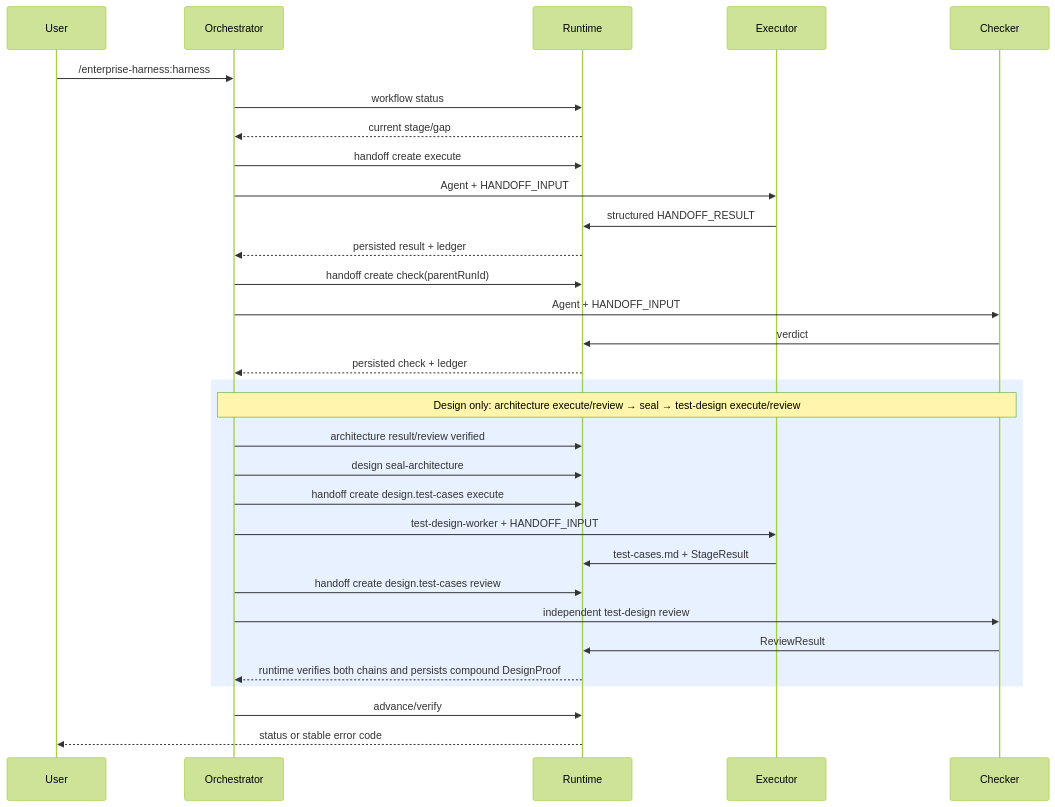
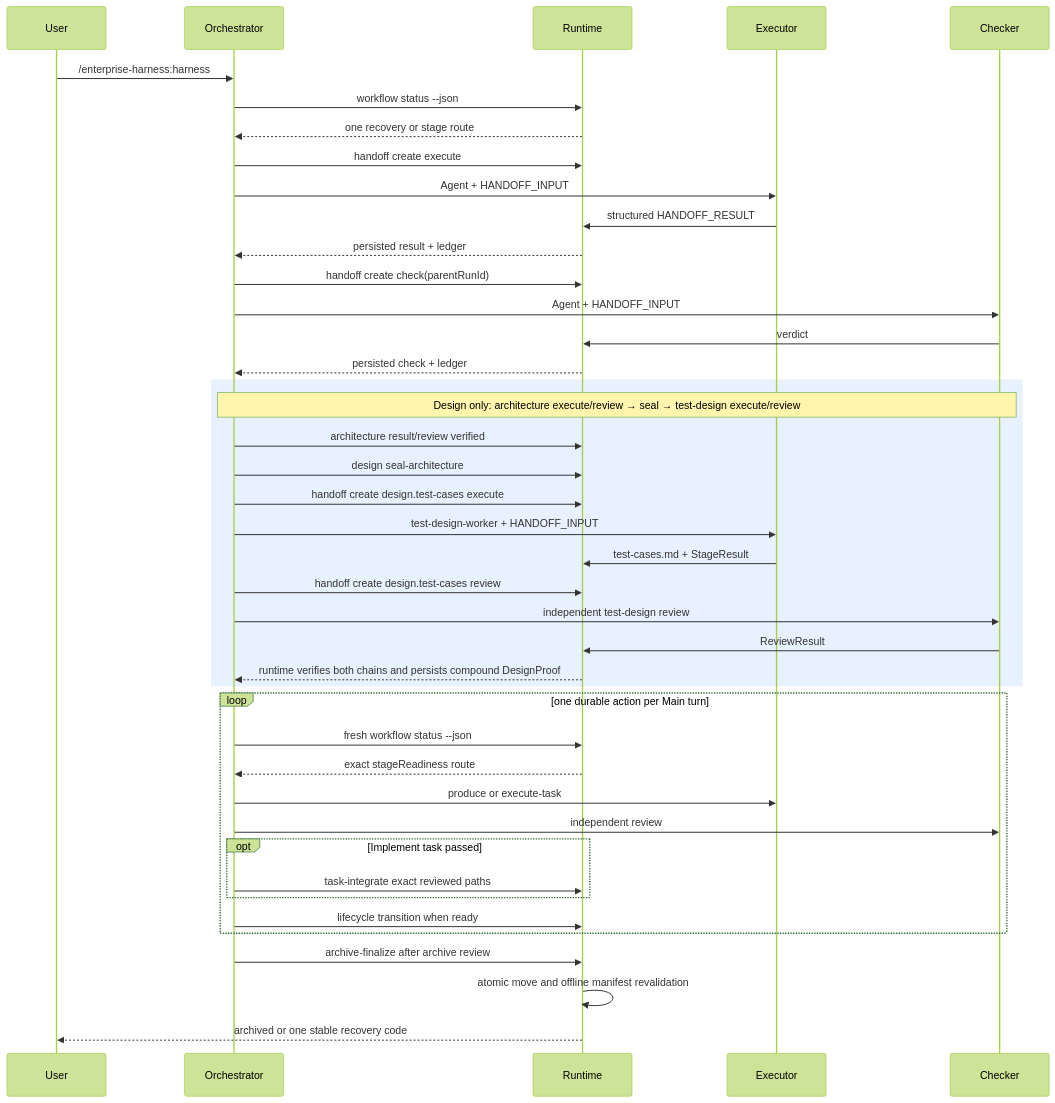
Before and after one commit to Emtemf/enterprise-harness: the diagram in docs/maintainer/runtime-sequence.md, drawn with Mermaid (forest theme). The commit also changed other lines of this file and 6 other files, not shown here.

````diff
--- a/docs/maintainer/runtime-sequence.md
+++ b/docs/maintainer/runtime-sequence.md
@@ -3,33 +3,44 @@
 ```mermaid
 sequenceDiagram
   participant U as User
   participant O as Orchestrator
   participant R as Runtime
   participant E as Executor
   participant C as Checker
   U->>O: /enterprise-harness:harness
-  O->>R: workflow status
-  R-->>O: current stage/gap
+  O->>R: workflow status --json
+  R-->>O: one recovery or stage route
   O->>R: handoff create execute
   O->>E: Agent + HANDOFF_INPUT
   E->>R: structured HANDOFF_RESULT
   R-->>O: persisted result + ledger
   O->>R: handoff create check(parentRunId)
   O->>C: Agent + HANDOFF_INPUT
   C->>R: verdict
   R-->>O: persisted check + ledger
   rect rgb(232, 241, 255)
     Note over O,C: Design only: architecture execute/review → seal → test-design execute/review
     O->>R: architecture result/review verified
     O->>R: design seal-architecture
     O->>R: handoff create design.test-cases execute
     O->>E: test-design-worker + HANDOFF_INPUT
     E->>R: test-cases.md + StageResult
     O->>R: handoff create design.test-cases review
     O->>C: independent test-design review
     C->>R: ReviewResult
     R-->>O: runtime verifies both chains and persists compound DesignProof
   end
-  O->>R: advance/verify
-  R-->>U: status or stable error code
+  loop one durable action per Main turn
+    O->>R: fresh workflow status --json
+    R-->>O: exact stageReadiness route
+    O->>E: produce or execute-task
+    O->>C: independent review
+    opt Implement task passed
+      O->>R: task-integrate exact reviewed paths
+    end
+    O->>R: lifecycle transition when ready
+  end
+  O->>R: archive-finalize after archive review
+  R->>R: atomic move and offline manifest revalidation
+  R-->>U: archived or one stable recovery code
 ```
````
